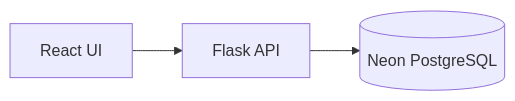
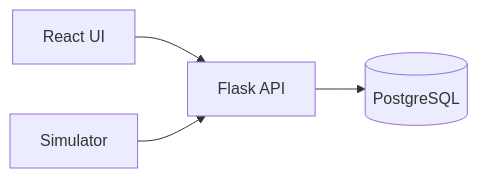
Before and after one commit to snirtal/Parkify: the diagram in README.md, drawn with Mermaid. The commit also changed other lines of this file and 5 other files, not shown here.

````diff
--- a/README.md
+++ b/README.md
@@ -17,5 +13,6 @@
 ```mermaid
 flowchart LR
-  React[React UI] --> Flask[Flask API]
-  Flask --> Neon[(Neon PostgreSQL)]
+  UI[React UI] --> API[Flask API]
+  Simulator[Simulator] --> API
+  API --> DB[(PostgreSQL)]
 ```
````
